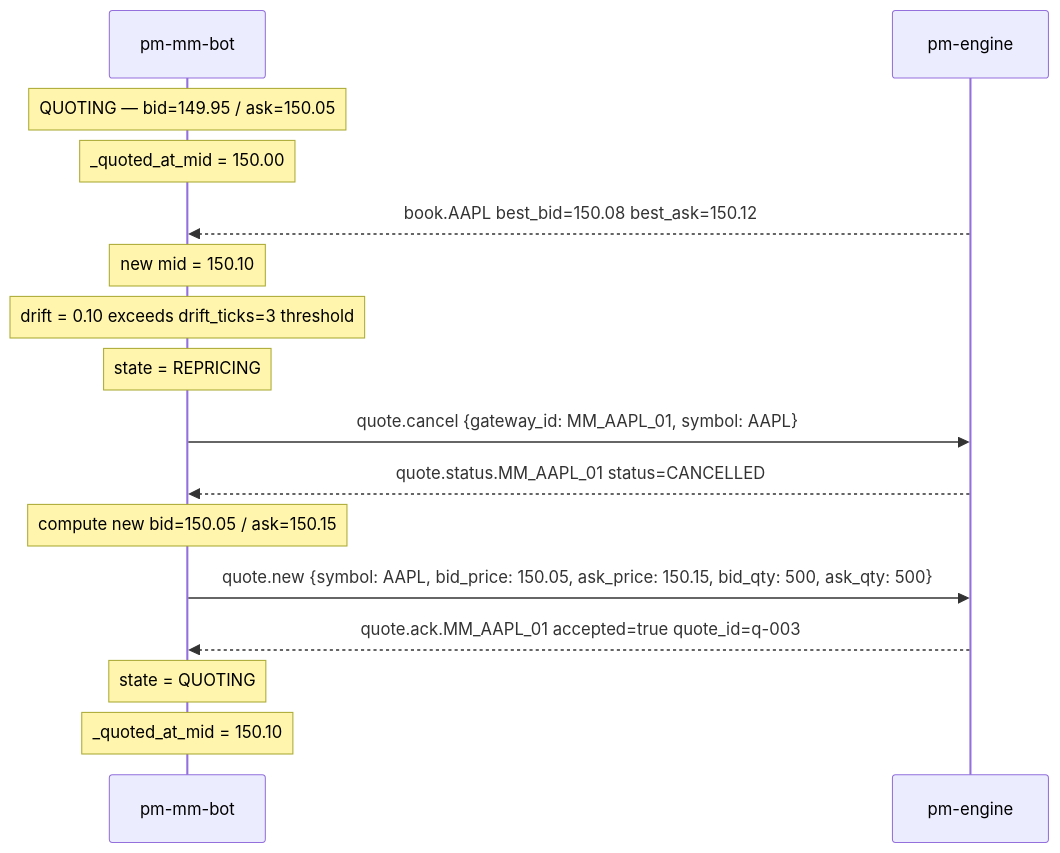
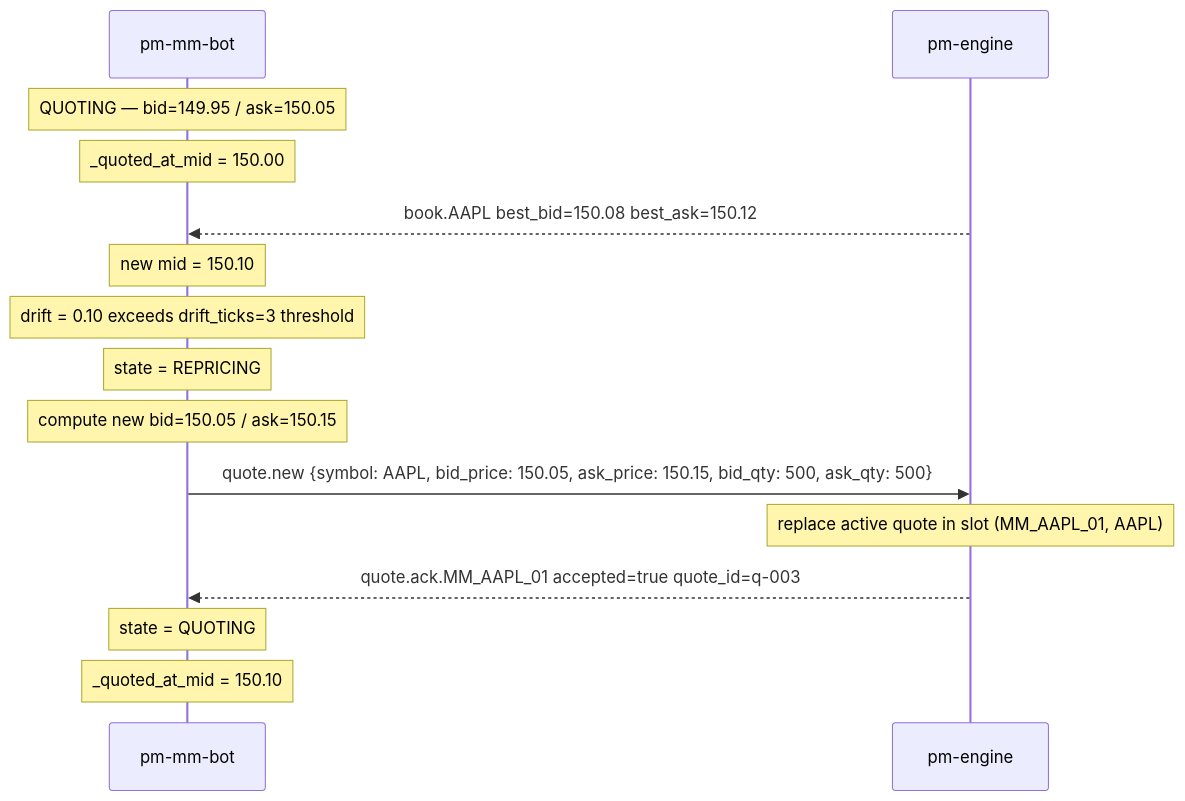
One commit to johan162/EduMatcher changed the sixth of 6 diagrams in docs-design/EduMatcher-MM-bots.md. Above: the diagram before and after it, drawn with Mermaid. The commit also changed other lines of this file, not shown here.

````diff
--- a/docs-design/EduMatcher-MM-bots.md
+++ b/docs-design/EduMatcher-MM-bots.md
@@ -771,19 +792,18 @@
 ```mermaid
 sequenceDiagram
     participant B as pm-mm-bot
     participant E as pm-engine
 
     Note over B: QUOTING — bid=149.95 / ask=150.05
     Note over B: _quoted_at_mid = 150.00
     E-->>B: book.AAPL best_bid=150.08 best_ask=150.12
     Note over B: new mid = 150.10
     Note over B: drift = 0.10 exceeds drift_ticks=3 threshold
     Note over B: state = REPRICING
-    B->>E: quote.cancel {gateway_id: MM_AAPL_01, symbol: AAPL}
-    E-->>B: quote.status.MM_AAPL_01 status=CANCELLED
     Note over B: compute new bid=150.05 / ask=150.15
     B->>E: quote.new {symbol: AAPL, bid_price: 150.05, ask_price: 150.15, bid_qty: 500, ask_qty: 500}
+    Note over E: replace active quote in slot (MM_AAPL_01, AAPL)
     E-->>B: quote.ack.MM_AAPL_01 accepted=true quote_id=q-003
     Note over B: state = QUOTING
     Note over B: _quoted_at_mid = 150.10
 ```
````
